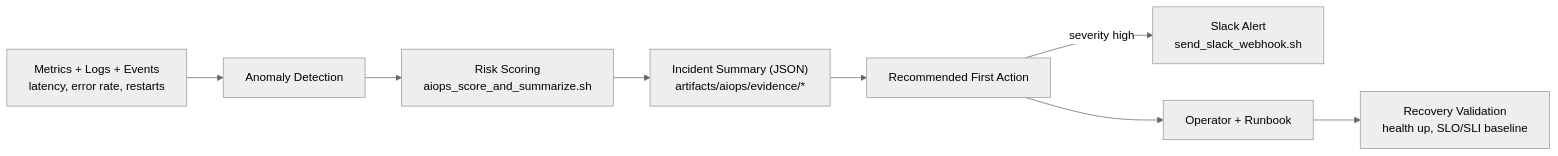
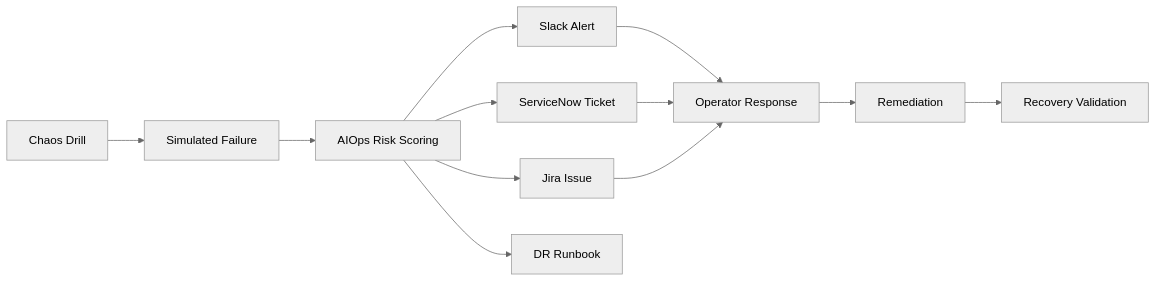
Before and after one commit to Here2ServeU/express-reliability-platform-course: the diagram in express-reliability-platform-v08/README.md, drawn with Mermaid (neutral theme). The commit also changed other lines of this file and 231 other files, not shown here.

````diff
--- a/express-reliability-platform-v08/README.md
+++ b/express-reliability-platform-v08/README.md
@@ -97,10 +66,14 @@
 ```mermaid
 flowchart LR
-    Signals[Metrics + Logs + Events<br/>latency, error rate, restarts] --> Detect[Anomaly Detection]
-    Detect --> Score["Risk Scoring<br/>aiops_score_and_summarize.sh"]
-    Score --> Summary["Incident Summary (JSON)<br/>artifacts/aiops/evidence/*"]
-    Summary --> Action[Recommended First Action]
-    Action -->|severity high| Slack["Slack Alert<br/>send_slack_webhook.sh"]
-    Action --> Ops[Operator + Runbook]
-    Ops --> Validate[Recovery Validation<br/>health up, SLO/SLI baseline]
+    Chaos[Chaos Drill] --> Sim[Simulated Failure]
+    Sim --> AIOps[AIOps Risk Scoring]
+    AIOps --> Slack[Slack Alert]
+    AIOps --> SNOW[ServiceNow Ticket]
+    AIOps --> Jira[Jira Issue]
+    AIOps --> Runbook[DR Runbook]
+    Slack --> Ops[Operator Response]
+    SNOW --> Ops
+    Jira --> Ops
+    Ops --> Fix[Remediation]
+    Fix --> Validate[Recovery Validation]
 ```
````
